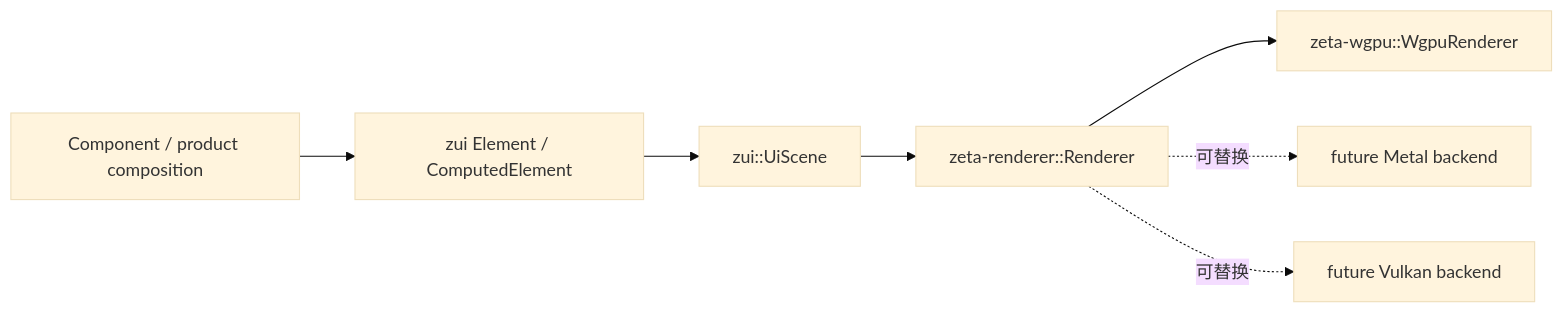
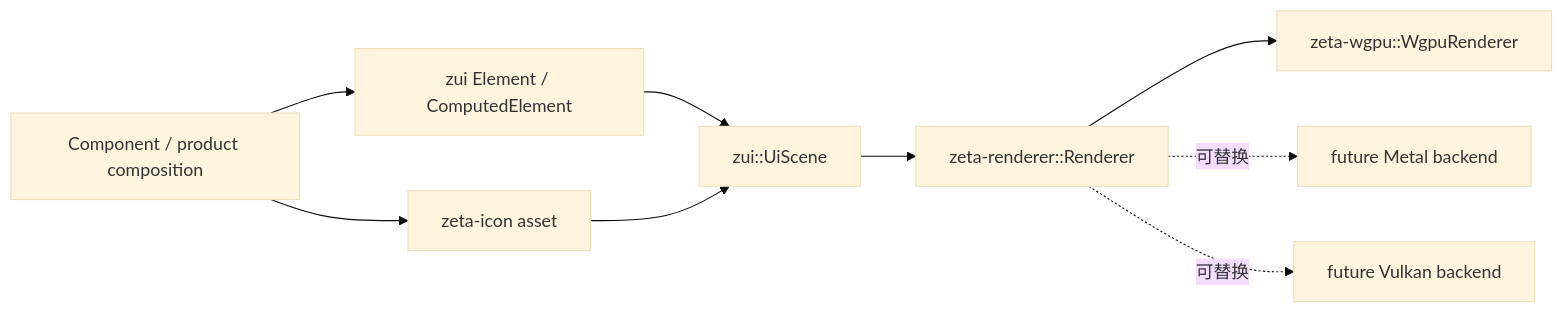
Before and after one commit to chogng/zeta: the diagram in zeterm/docs/rendering-architecture.md, drawn with Mermaid (base theme). The commit also changed other lines of this file and 74 other files, not shown here.

````diff
--- a/zeterm/docs/rendering-architecture.md
+++ b/zeterm/docs/rendering-architecture.md
@@ -22,9 +23,11 @@
 ```mermaid
 flowchart LR
     C["Component / product composition"] --> E["zui Element / ComputedElement"]
+    C --> I["zeta-icon asset"]
     E --> S["zui::UiScene"]
+    I --> S
     S --> R["zeta-renderer::Renderer"]
     R --> W["zeta-wgpu::WgpuRenderer"]
     R -. "可替换" .-> M["future Metal backend"]
     R -. "可替换" .-> V["future Vulkan backend"]
 ```
````
